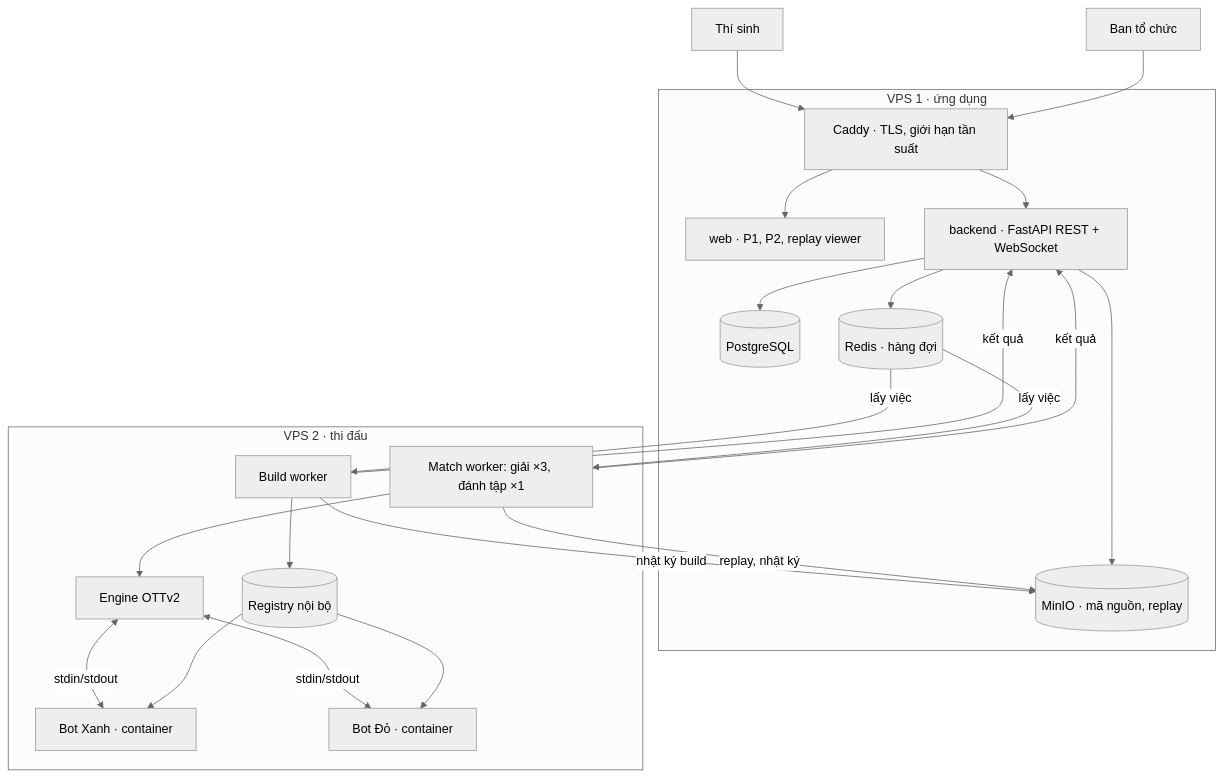
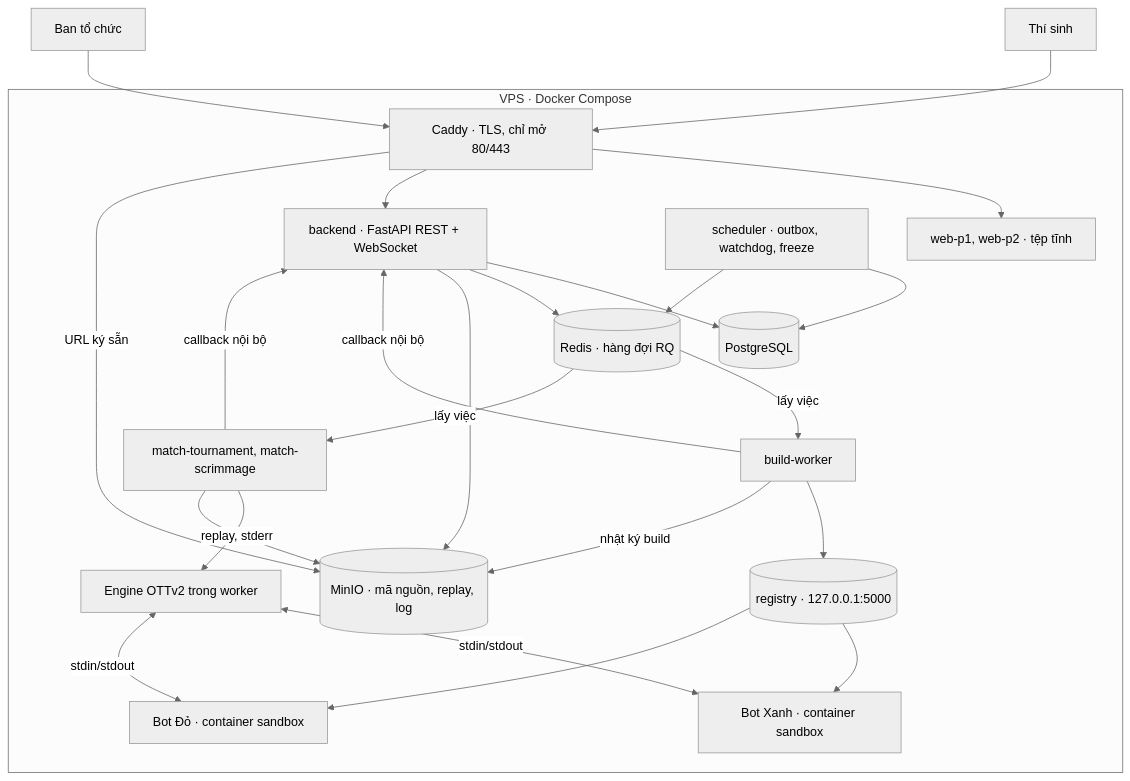
The first of 3 diagrams in architecture.md (PhamHaiDang2006/OTTv2_Arena), drawn with Mermaid (neutral theme) before and after one commit. The commit also changed other lines of this file and 13 other files, not shown here.

````diff
--- a/architecture.md
+++ b/architecture.md
@@ -18,30 +13,29 @@
 ```mermaid
 flowchart TB
     U1[Thí sinh] --> CADDY
     U2[Ban tổ chức] --> CADDY
-    subgraph VPS1[VPS 1 · ứng dụng]
-        CADDY[Caddy · TLS, giới hạn tần suất]
-        CADDY --> WEB[web · P1, P2, replay viewer]
+    subgraph VPS[VPS · Docker Compose]
+        CADDY[Caddy · TLS, chỉ mở 80/443]
+        CADDY --> WEB[web-p1, web-p2 · tệp tĩnh]
         CADDY --> API[backend · FastAPI REST + WebSocket]
+        CADDY -->|URL ký sẵn| S3
+        SCH[scheduler · outbox, watchdog, freeze]
         API --> PG[(PostgreSQL)]
-        API --> RD[(Redis · hàng đợi)]
-        API --> S3[(MinIO · mã nguồn, replay)]
-    end
-    subgraph VPS2[VPS 2 · thi đấu]
-        BW[Build worker]
-        MW[Match worker: giải ×3, đánh tập ×1]
-        REG[(Registry nội bộ)]
-        MW --> ENG[Engine OTTv2]
-        ENG <-->|stdin/stdout| BX[Bot Xanh · container]
-        ENG <-->|stdin/stdout| BD[Bot Đỏ · container]
-        BW --> REG
+        API --> RD[(Redis · hàng đợi RQ)]
+        API --> S3[(MinIO · mã nguồn, replay, log)]
+        SCH --> PG
+        SCH --> RD
+        RD -->|lấy việc| BW[build-worker]
+        RD -->|lấy việc| MW[match-tournament, match-scrimmage]
+        BW --> REG[(registry · 127.0.0.1:5000)]
+        MW --> ENG[Engine OTTv2 trong worker]
+        ENG <-->|stdin/stdout| BX[Bot Xanh · container sandbox]
+        ENG <-->|stdin/stdout| BD[Bot Đỏ · container sandbox]
         REG --> BX
         REG --> BD
+        BW -->|nhật ký build| S3
+        MW -->|replay, stderr| S3
+        BW -->|callback nội bộ| API
+        MW -->|callback nội bộ| API
     end
-    RD -->|lấy việc| BW
-    RD -->|lấy việc| MW
-    BW -->|nhật ký build| S3
-    MW -->|replay, nhật ký| S3
-    BW -->|kết quả| API
-    MW -->|kết quả| API
 ```
````
